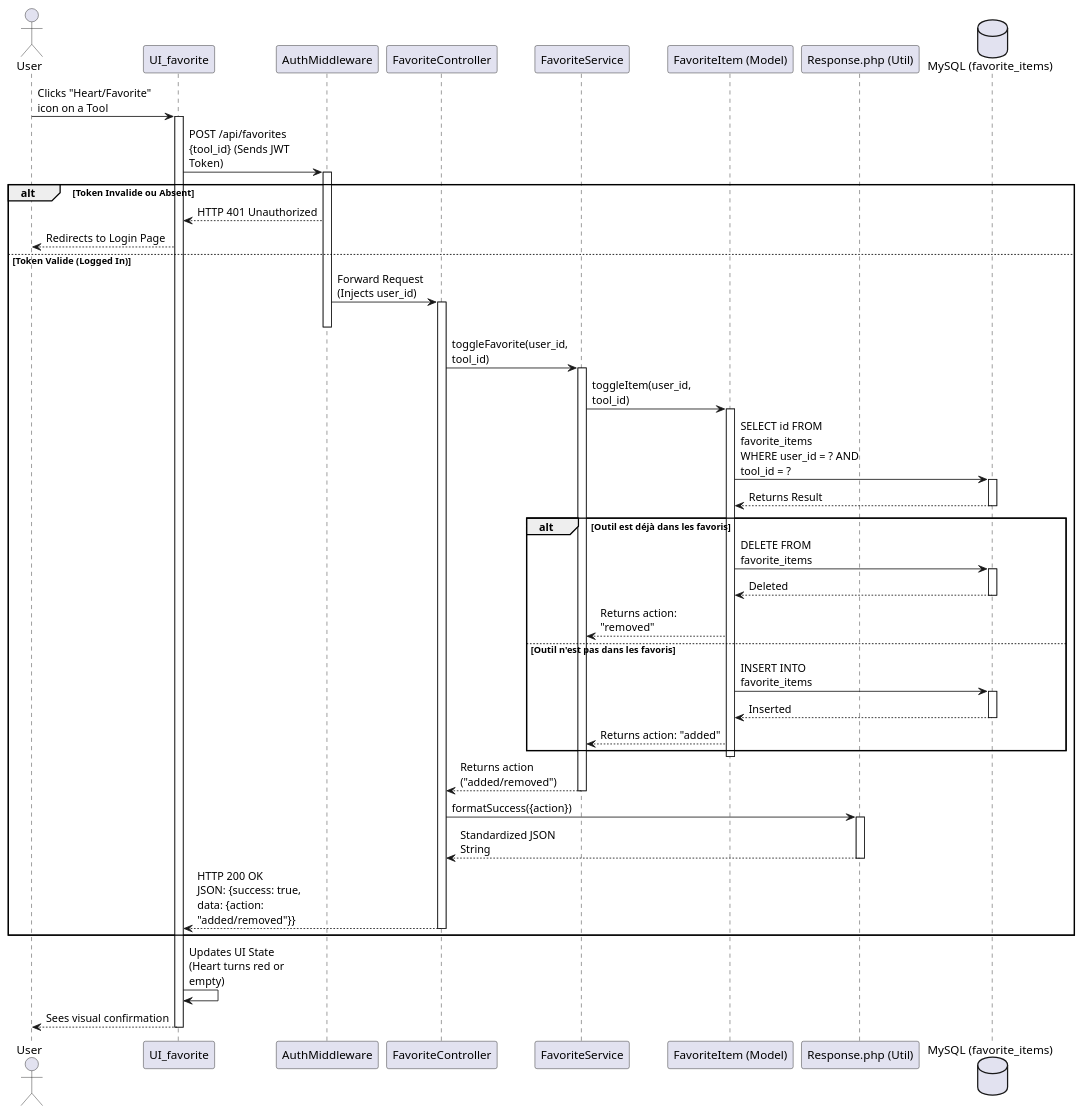
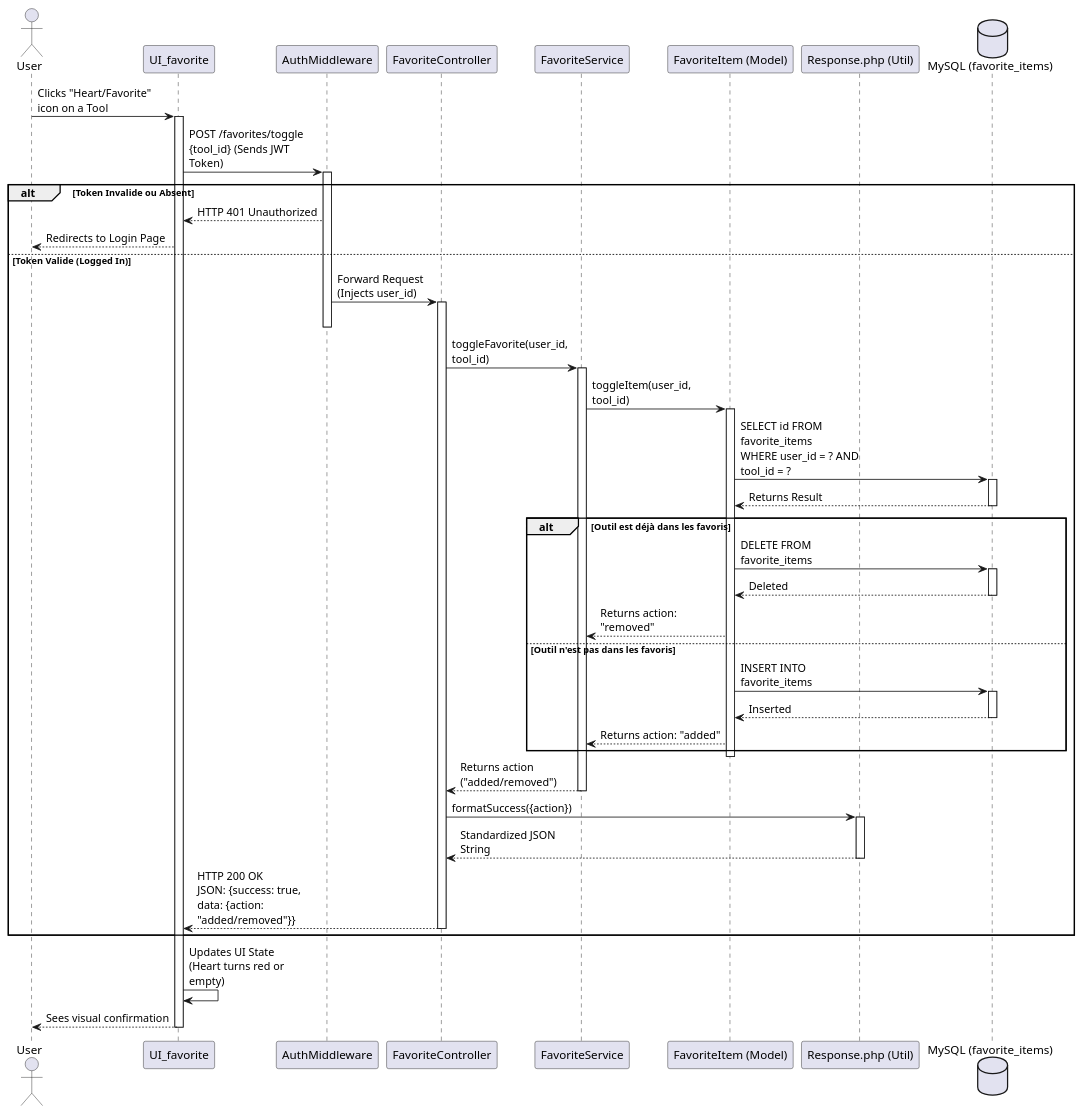
Before and after one commit to dss47/Penguins: the diagram in docs/sequence/Favorites.wsd, drawn with PlantUML. The commit also changed 81 other files, not shown here.

```diff
--- a/docs/sequence/Favorites.wsd
+++ b/docs/sequence/Favorites.wsd
@@ -1,70 +1,70 @@
 @startuml favorites
 skinparam maxMessageSize 150
 
 actor "User" as user
 participant "UI_favorite" as react
 participant "AuthMiddleware" as auth 
 participant "FavoriteController" as controller 
 participant "FavoriteService" as service 
 participant "FavoriteItem (Model)" as model
 participant "Response.php (Util)" as res
 
 database "MySQL (favorite_items)" as db
 
 user -> react : Clicks "Heart/Favorite" icon on a Tool
 activate react
-  react -> auth : POST /api/favorites\n{tool_id} (Sends JWT Token)
+  react -> auth : POST /favorites/toggle\n{tool_id} (Sends JWT Token)
   activate auth
   
     alt Token Invalide ou Absent
         auth --> react : HTTP 401 Unauthorized
         react --> user : Redirects to Login Page
     else Token Valide (Logged In)
         
         auth -> controller : Forward Request\n(Injects user_id)
         activate controller
         deactivate auth
         
         controller -> service : toggleFavorite(user_id, tool_id)
         activate service
           service -> model : toggleItem(user_id, tool_id)
           activate model
             
             model -> db : SELECT id FROM favorite_items\nWHERE user_id = ? AND tool_id = ?
             activate db
               db --> model : Returns Result
             deactivate db
             
             alt Outil est déjà dans les favoris
                 model -> db : DELETE FROM favorite_items
                 activate db
                   db --> model : Deleted
                 deactivate db
                 model --> service : Returns action: "removed"
                 
             else Outil n'est pas dans les favoris
                 model -> db : INSERT INTO favorite_items
                 activate db
                   db --> model : Inserted
                 deactivate db
                 model --> service : Returns action: "added"
             end
             
           deactivate model
           
           service --> controller : Returns action ("added/removed")
         deactivate service
         controller -> res : formatSuccess({action})
         activate res
           res --> controller : Standardized JSON String
         deactivate res
         
         controller --> react : HTTP 200 OK\nJSON: {success: true, data: {action: "added/removed"}}
         deactivate controller
     end
   
   react -> react : Updates UI State\n(Heart turns red or empty)
   react --> user : Sees visual confirmation
 deactivate react
 
 @enduml
```
